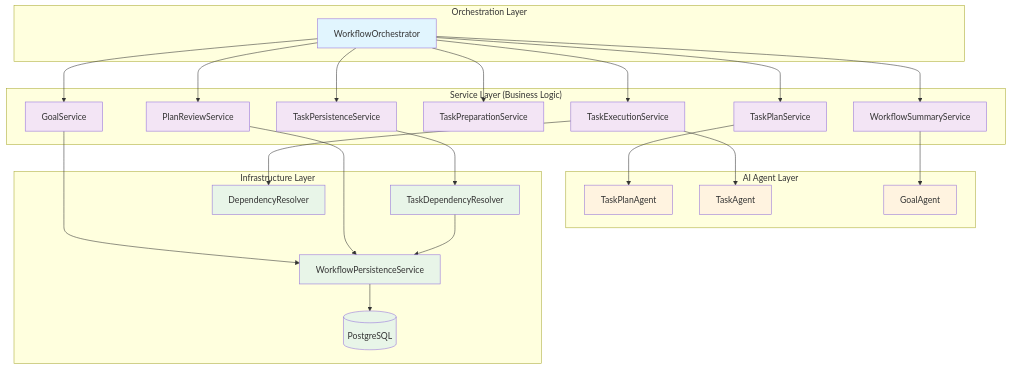
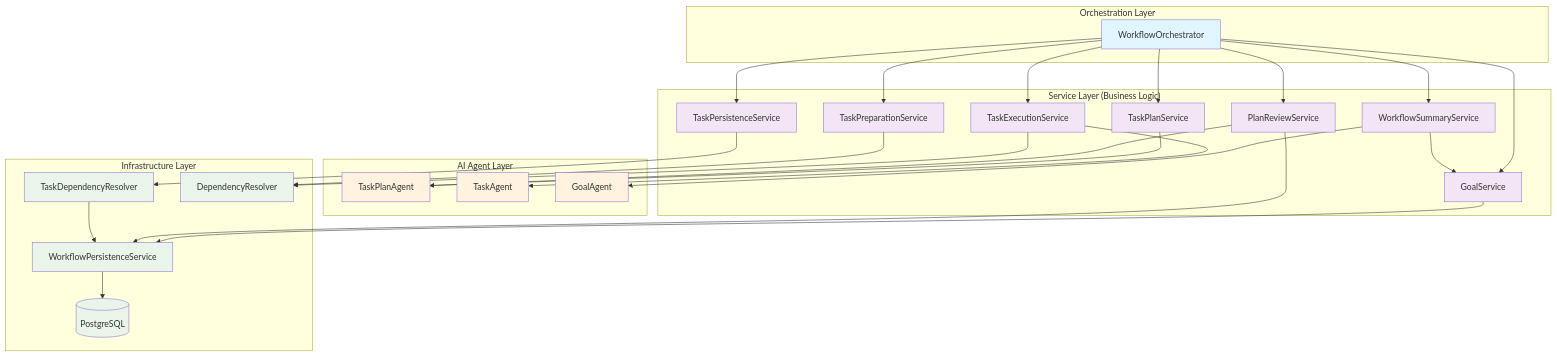
The first of 2 diagrams in README.md (adamalsalman75/agentic-workflow-engine), drawn with Mermaid before and after one commit. The commit also changed other lines of this file, not shown here.

````diff
--- a/README.md
+++ b/README.md
@@ -9,64 +9,67 @@
 ```mermaid
 graph TB
     subgraph "Orchestration Layer"
         WO[WorkflowOrchestrator]
     end
     
     subgraph "Service Layer (Business Logic)"
         GS[GoalService]
         TPS[TaskPlanService]
         TPeS[TaskPersistenceService]
         TPrS[TaskPreparationService]
         TES[TaskExecutionService]
         PRS[PlanReviewService]
         WSS[WorkflowSummaryService]
     end
     
     subgraph "AI Agent Layer"
         TPA[TaskPlanAgent]
         TA[TaskAgent]
         GA[GoalAgent]
     end
     
     subgraph "Infrastructure Layer"
         TDR[TaskDependencyResolver]
         DR[DependencyResolver]
         WPS[WorkflowPersistenceService]
         DB[(PostgreSQL)]
     end
     
     %% Orchestration Flow
     WO --> GS
     WO --> TPS
     WO --> TPeS
     WO --> TPrS
     WO --> TES
     WO --> PRS
     WO --> WSS
     
     %% Service to Agent Dependencies
     TPS --> TPA
     TES --> TA
     WSS --> GA
+    PRS --> TPA
     
     %% Service to Infrastructure Dependencies
     GS --> WPS
     TPeS --> TDR
     TES --> DR
+    TPrS --> DR
     PRS --> WPS
+    WSS --> GS
     
     %% Infrastructure Dependencies
     TDR --> WPS
     WPS --> DB
     
     %% Styling
     classDef orchestration fill:#e1f5fe
     classDef service fill:#f3e5f5
     classDef agent fill:#fff3e0
     classDef infrastructure fill:#e8f5e8
     
     class WO orchestration
     class GS,TPS,TPeS,TPrS,TES,PRS,WSS service
     class TPA,TA,GA agent
     class TDR,DR,WPS,DB infrastructure
 ```
````
